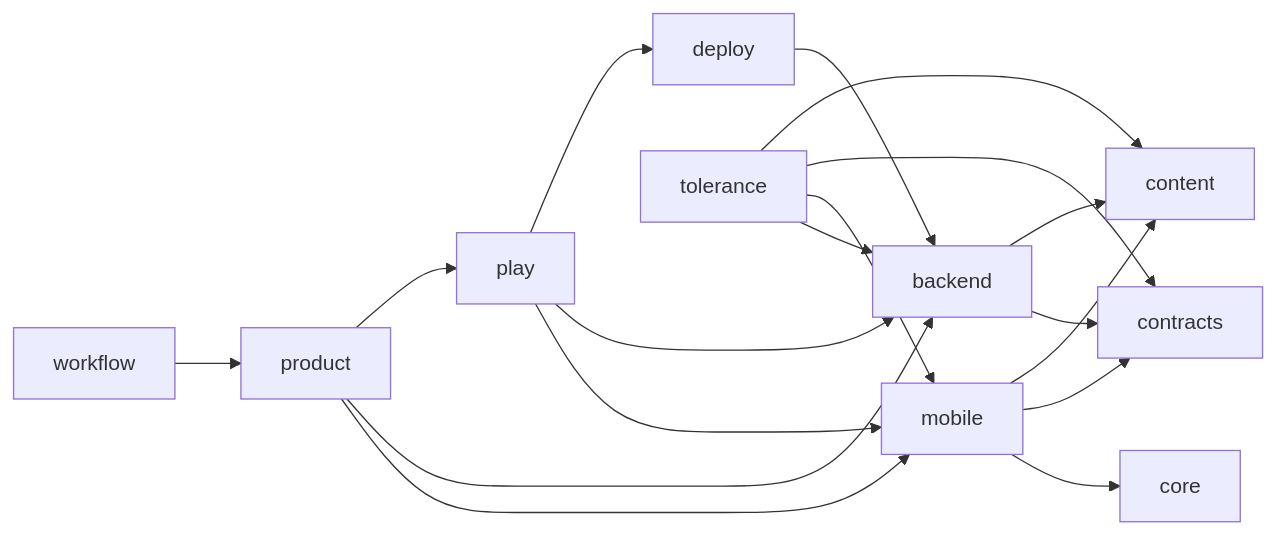
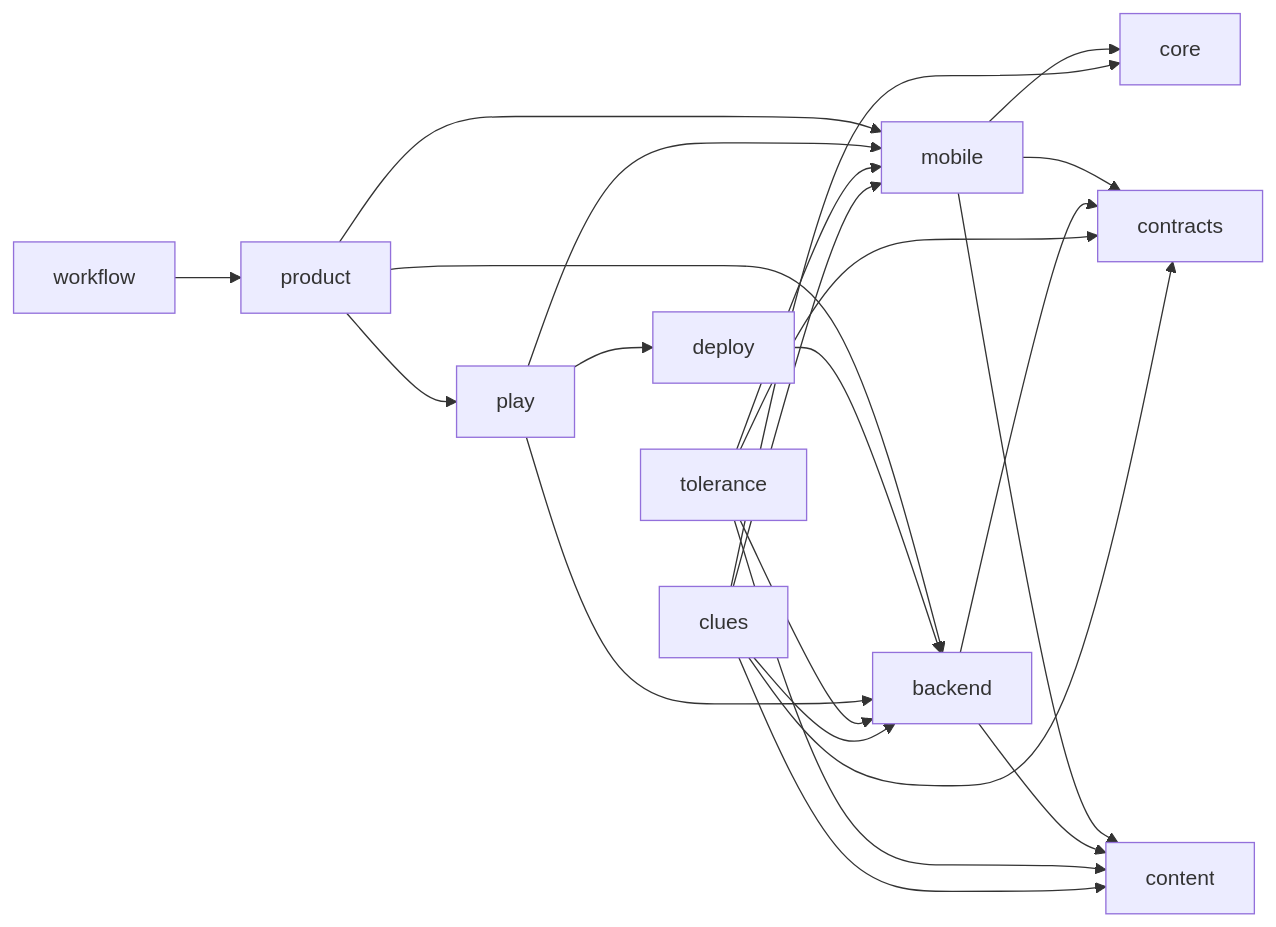
The diagram in docs/PROJECT_GRAPH.md (danilagarev/partybox), drawn with Mermaid before and after one commit. The commit also changed other lines of this file and 121 other files, not shown here.

````diff
--- a/docs/PROJECT_GRAPH.md
+++ b/docs/PROJECT_GRAPH.md
@@ -9,20 +9,25 @@
 ```mermaid
 flowchart LR
   product --> mobile
   product --> backend
   mobile --> core
   mobile --> contracts
   mobile --> content
   backend --> contracts
   backend --> content
   deploy --> backend
   workflow --> product
   product --> play
   play --> mobile
   play --> backend
   play --> deploy
   tolerance --> backend
   tolerance --> mobile
   tolerance --> contracts
   tolerance --> content
+  clues --> backend
+  clues --> mobile
+  clues --> contracts
+  clues --> content
+  clues --> core
 ```
````
